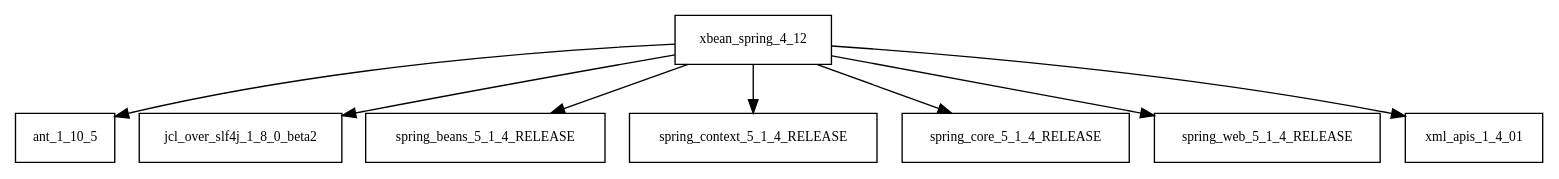
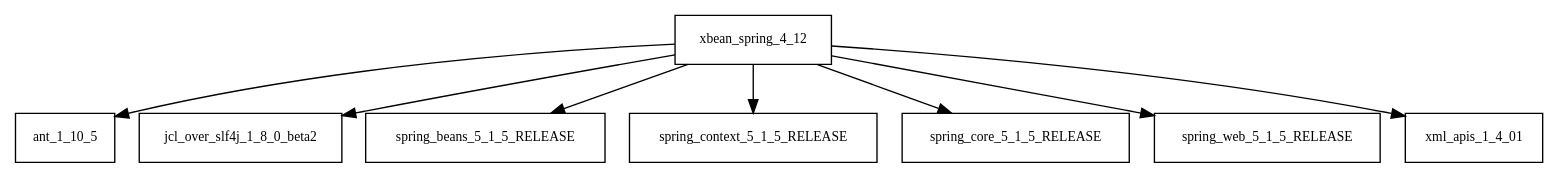
Before and after one commit to Hack23/cia: the diagram in tattleTaleReport/graphviz/xbean-spring-4.12.jar/xbean-spring-4.12.jar.dot, drawn with Graphviz. The commit also changed 2445 other files, not shown here.

```diff
--- a/tattleTaleReport/graphviz/xbean-spring-4.12.jar/xbean-spring-4.12.jar.dot
+++ b/tattleTaleReport/graphviz/xbean-spring-4.12.jar/xbean-spring-4.12.jar.dot
@@ -1,10 +1,10 @@
 digraph xbean_spring_4_12_dependencies {
   node [shape = box, fontsize=10.0];
   xbean_spring_4_12 -> ant_1_10_5;
   xbean_spring_4_12 -> jcl_over_slf4j_1_8_0_beta2;
-  xbean_spring_4_12 -> spring_beans_5_1_4_RELEASE;
-  xbean_spring_4_12 -> spring_context_5_1_4_RELEASE;
-  xbean_spring_4_12 -> spring_core_5_1_4_RELEASE;
-  xbean_spring_4_12 -> spring_web_5_1_4_RELEASE;
+  xbean_spring_4_12 -> spring_beans_5_1_5_RELEASE;
+  xbean_spring_4_12 -> spring_context_5_1_5_RELEASE;
+  xbean_spring_4_12 -> spring_core_5_1_5_RELEASE;
+  xbean_spring_4_12 -> spring_web_5_1_5_RELEASE;
   xbean_spring_4_12 -> xml_apis_1_4_01;
 }
```
